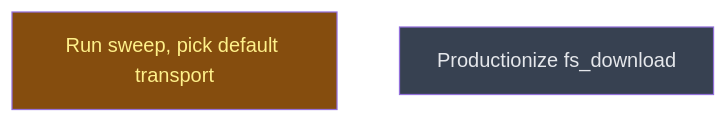
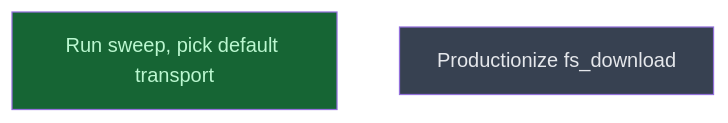
One commit to RIKEN-RCCS/Rikyu-Agent changed the diagram in __roadmap__/fs-download-rework/transports/benchmark/finalize/README.md. Above: the diagram before and after it, drawn with Mermaid. The commit also changed other lines of this file, not shown here.

Commit message:
docs(roadmap): experiments done (default=rsync, scp viable alt)

````diff
--- a/__roadmap__/fs-download-rework/transports/benchmark/finalize/README.md
+++ b/__roadmap__/fs-download-rework/transports/benchmark/finalize/README.md
@@ -16,10 +16,10 @@
 ```mermaid
 graph TD
-    experiments[Run sweep, pick default transport]:::inprogress
+    experiments[Run sweep, pick default transport]:::done
     productionize[Productionize fs_download]:::planned
     classDef done       fill:#166534,color:#bbf7d0
     classDef inprogress fill:#854d0e,color:#fef08a
     classDef planned    fill:#374151,color:#e5e7eb
     classDef amendment  fill:#1e3a5f,color:#bfdbfe
     classDef blocked    fill:#7f1d1d,color:#fecaca
 ```
````
